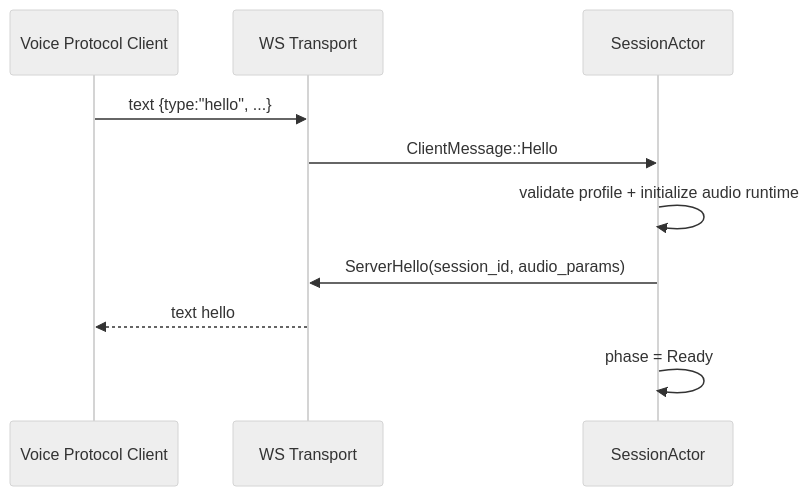
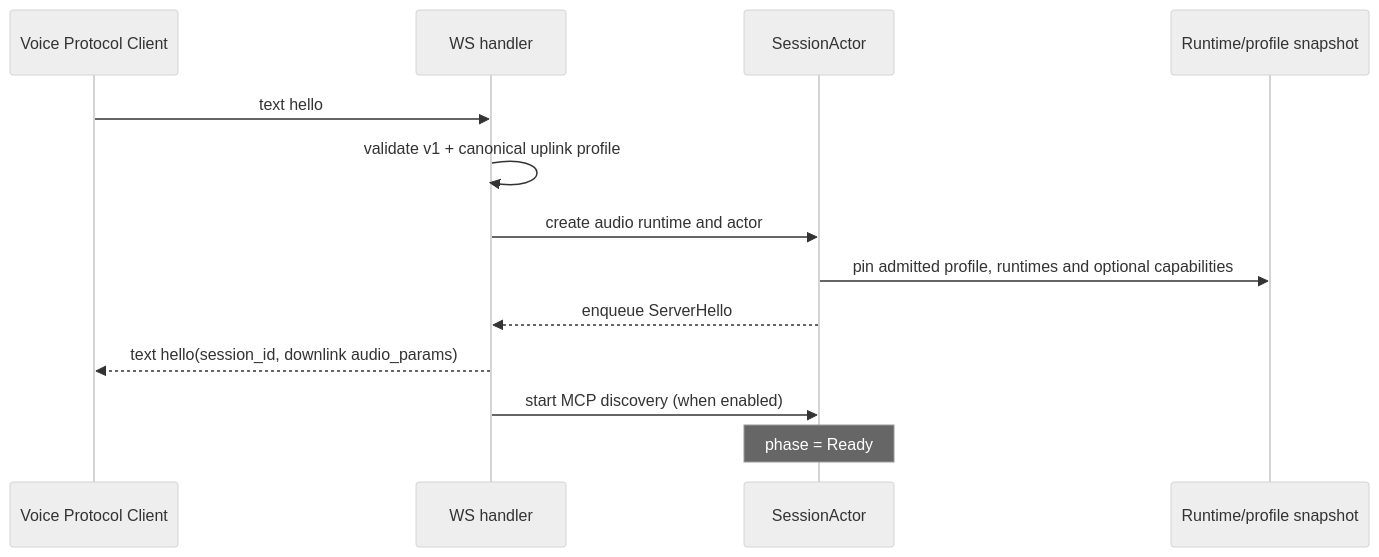
The second of 6 diagrams in docs/flows/01-websocket.md (hailp-vn38/ai-agent-voice), drawn with Mermaid (neutral theme) before and after one commit. The commit also changed other lines of this file and 35 other files, not shown here.

````diff
--- a/docs/flows/01-websocket.md
+++ b/docs/flows/01-websocket.md
@@ -53,12 +46,16 @@
 ```mermaid
 sequenceDiagram
-    participant CLIENT as Voice Protocol Client
-    participant WS as WS Transport
+    participant C as Voice Protocol Client
+    participant W as WS handler
     participant A as SessionActor
-    CLIENT->>WS: text {type:"hello", ...}
-    WS->>A: ClientMessage::Hello
-    A->>A: validate profile + initialize audio runtime
-    A->>WS: ServerHello(session_id, audio_params)
-    WS-->>CLIENT: text hello
-    A->>A: phase = Ready
+    participant R as Runtime/profile snapshot
+
+    C->>W: text hello
+    W->>W: validate v1 + canonical uplink profile
+    W->>A: create audio runtime and actor
+    A->>R: pin admitted profile, runtimes and optional capabilities
+    A-->>W: enqueue ServerHello
+    W-->>C: text hello(session_id, downlink audio_params)
+    W->>A: start MCP discovery (when enabled)
+    Note over A: phase = Ready
 ```
````
